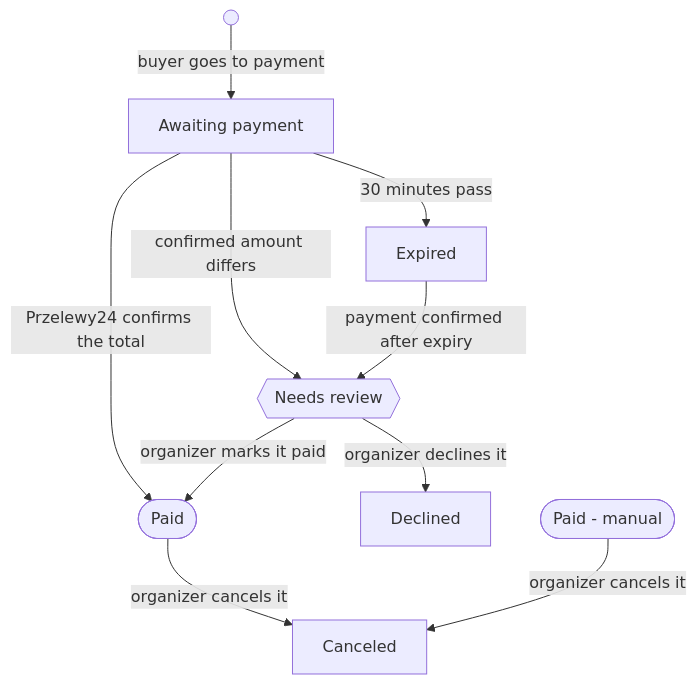
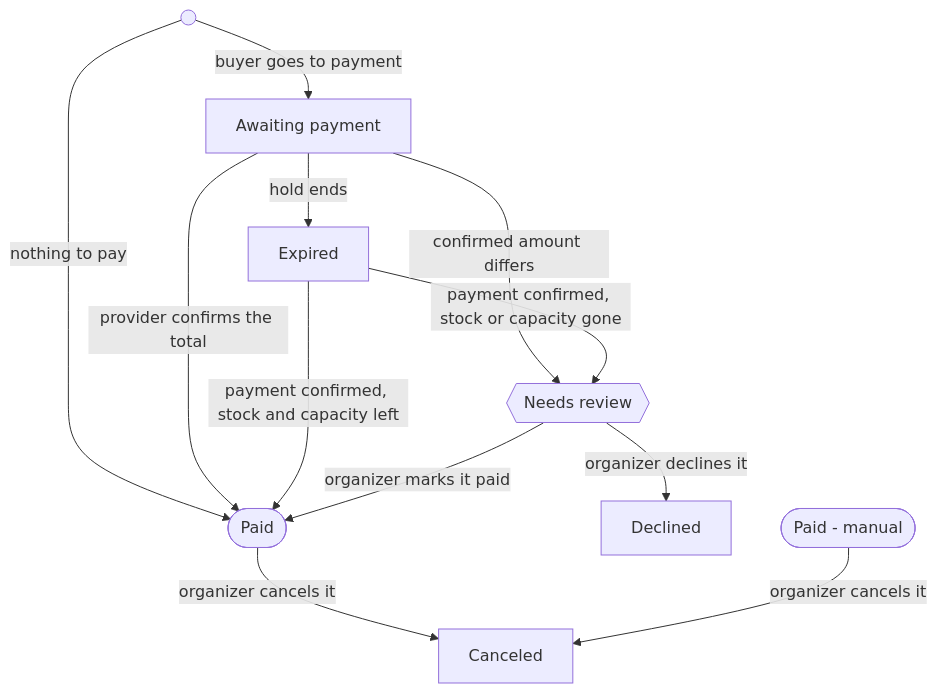
Before and after one commit to opos-land/opos: the diagram in docs/briefs/0001-convention-shop.md, drawn with Mermaid. The commit also changed other lines of this file and 1 other file, not shown here.

````diff
--- a/docs/briefs/0001-convention-shop.md
+++ b/docs/briefs/0001-convention-shop.md
@@ -430,12 +427,14 @@
 ```mermaid
 flowchart TD
     start(( )) -->|buyer goes to payment| A[Awaiting payment]
-    A -->|Przelewy24 confirms the total| P([Paid])
-    A -->|30 minutes pass| E[Expired]
+    start -->|nothing to pay| P([Paid])
+    A -->|provider confirms the total| P
+    A -->|hold ends| E[Expired]
     A -->|confirmed amount differs| R{{Needs review}}
-    E -->|payment confirmed after expiry| R
+    E -->|payment confirmed, stock and capacity left| P
+    E -->|payment confirmed, stock or capacity gone| R
     R -->|organizer marks it paid| P
     R -->|organizer declines it| D[Declined]
     P -->|organizer cancels it| C[Canceled]
     M([Paid - manual]) -->|organizer cancels it| C
 ```
````
